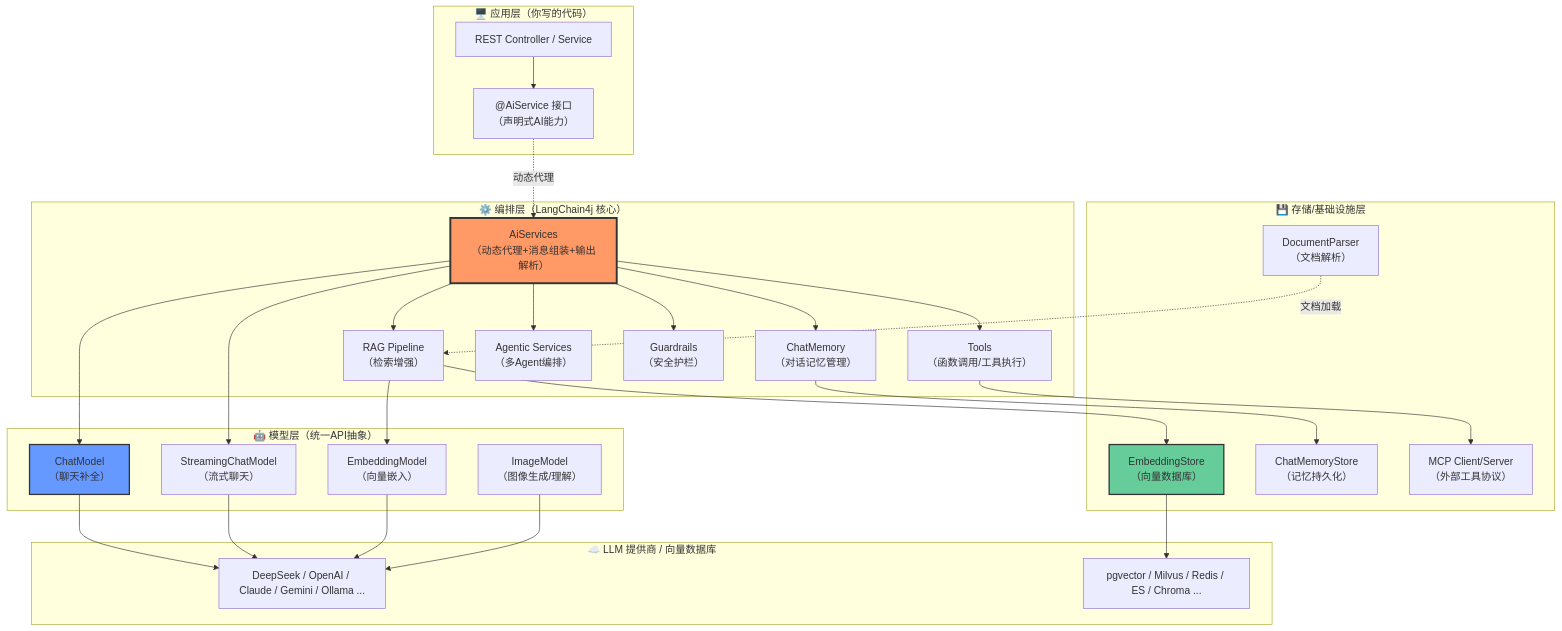
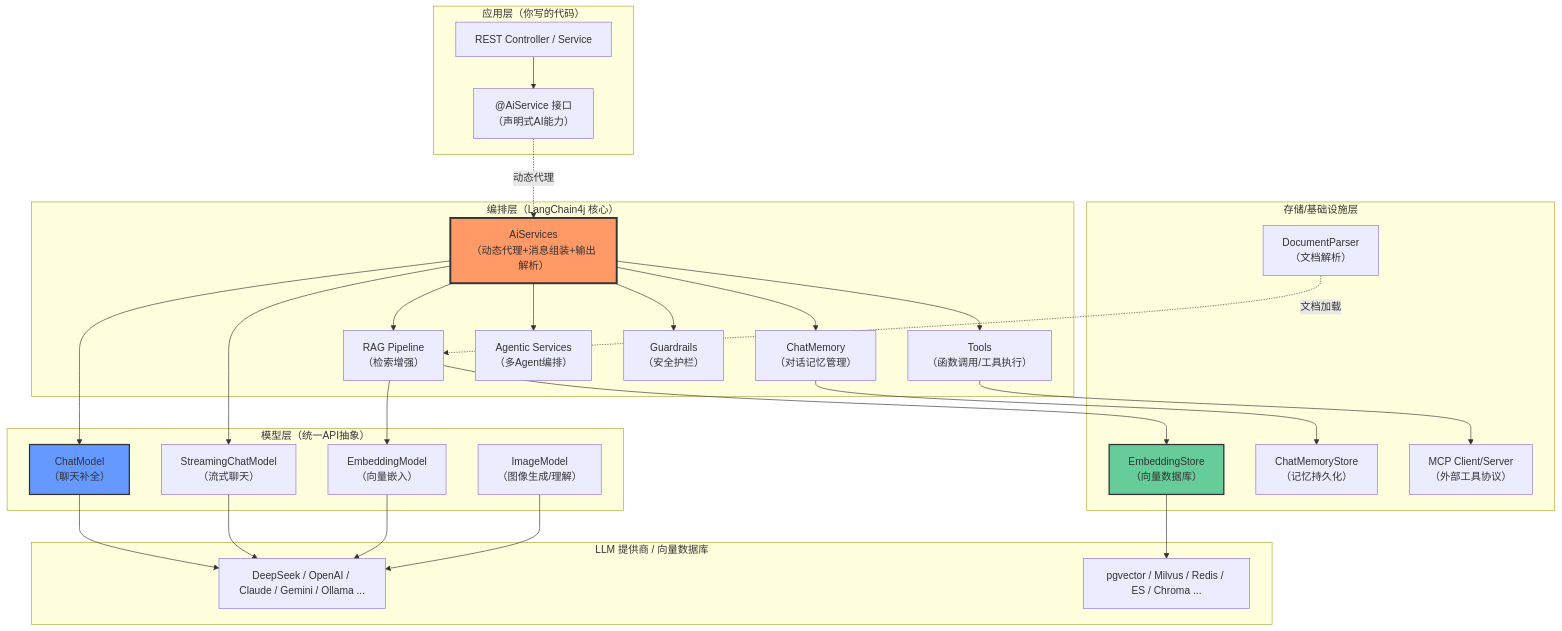
Before and after one commit to hengdboy/langchain4j-in-production: the first of 3 diagrams in chapters/ch01-setup.md, drawn with Mermaid. The commit also changed other lines of this file and 22 other files, not shown here.

````diff
--- a/chapters/ch01-setup.md
+++ b/chapters/ch01-setup.md
@@ -109,59 +109,59 @@
 ```mermaid
 graph TB
-    subgraph 应用层["🖥️ 应用层（你写的代码）"]
+    subgraph 应用层["应用层（你写的代码）"]
         Controller["REST Controller / Service"]
         AIService["@AiService 接口<br/>（声明式AI能力）"]
     end
 
-    subgraph 编排层["⚙️ 编排层（LangChain4j 核心）"]
+    subgraph 编排层["编排层（LangChain4j 核心）"]
         AISvc["AiServices<br/>（动态代理+消息组装+输出解析）"]
         Memory["ChatMemory<br/>（对话记忆管理）"]
         Tools["Tools<br/>（函数调用/工具执行）"]
         RAG["RAG Pipeline<br/>（检索增强）"]
         Agents["Agentic Services<br/>（多Agent编排）"]
         Guardrails["Guardrails<br/>（安全护栏）"]
     end
 
-    subgraph 模型层["🤖 模型层（统一API抽象）"]
+    subgraph 模型层["模型层（统一API抽象）"]
         ChatModel["ChatModel<br/>（聊天补全）"]
         StreamingChatModel["StreamingChatModel<br/>（流式聊天）"]
         EmbeddingModel["EmbeddingModel<br/>（向量嵌入）"]
         ImageModel["ImageModel<br/>（图像生成/理解）"]
     end
 
-    subgraph 存储层["💾 存储/基础设施层"]
+    subgraph 存储层["存储/基础设施层"]
         EmbeddingStore["EmbeddingStore<br/>（向量数据库）"]
         ChatMemoryStore["ChatMemoryStore<br/>（记忆持久化）"]
         DocumentParser["DocumentParser<br/>（文档解析）"]
         MCP["MCP Client/Server<br/>（外部工具协议）"]
     end
 
-    subgraph LLM["☁️ LLM 提供商 / 向量数据库"]
+    subgraph LLM["LLM 提供商 / 向量数据库"]
         DeepSeek["DeepSeek / OpenAI / Claude / Gemini / Ollama ..."]
         PG["pgvector / Milvus / Redis / ES / Chroma ..."]
     end
 
     Controller --> AIService
     AIService -.动态代理.-> AISvc
     AISvc --> ChatModel
     AISvc --> StreamingChatModel
     AISvc --> Memory
     AISvc --> Tools
     AISvc --> RAG
     AISvc --> Agents
     AISvc --> Guardrails
     RAG --> EmbeddingModel
     RAG --> EmbeddingStore
     Memory --> ChatMemoryStore
     Tools --> MCP
     ChatModel --> DeepSeek
     StreamingChatModel --> DeepSeek
     EmbeddingModel --> DeepSeek
     ImageModel --> DeepSeek
     EmbeddingStore --> PG
     DocumentParser -.文档加载.-> RAG
 
     style AISvc fill:#f96,stroke:#333,stroke-width:3px
     style ChatModel fill:#69f,stroke:#333,stroke-width:2px
     style EmbeddingStore fill:#6c9,stroke:#333,stroke-width:2px
 ```
````
